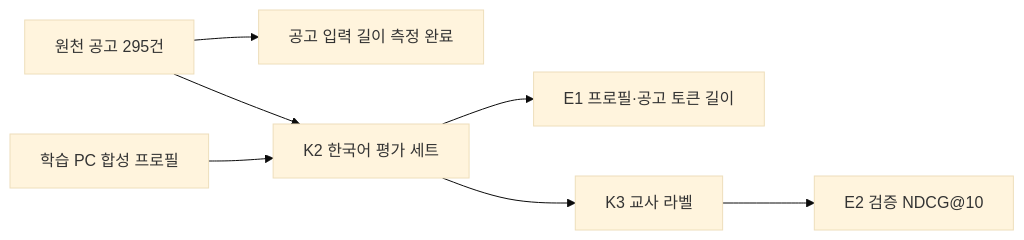
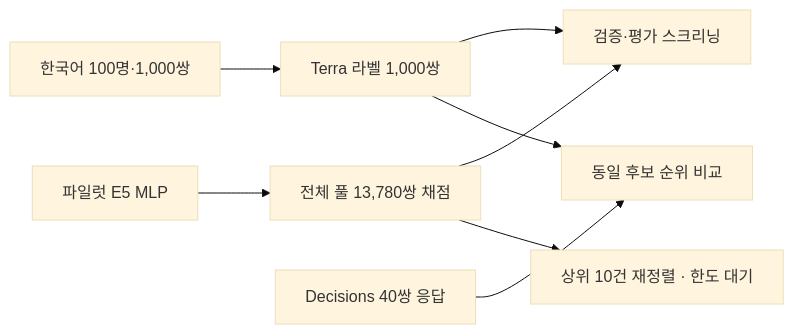
Before and after one commit to Expresso-Organization/expresso: the diagram in .sitrep/sessions/20261119-1752-match-eval/arch.mmd, drawn with Mermaid (base theme). The commit also changed 11 other files, not shown here.

Commit message:
feat: Terra 한국어 적합도 라벨 및 파일럿 MLP·Decisions 순위 평가

```diff
--- a/.sitrep/sessions/20261119-1752-match-eval/arch.mmd
+++ b/.sitrep/sessions/20261119-1752-match-eval/arch.mmd
@@ -1,7 +1,8 @@
 flowchart LR
-  source["원천 공고 295건"] --> lengths["공고 입력 길이 측정 완료"]
-  source --> dataset["K2 한국어 평가 세트"]
-  profiles["학습 PC 합성 프로필"] --> dataset
-  dataset --> stats["E1 프로필·공고 토큰 길이"]
-  dataset --> labels["K3 교사 라벨"]
-  labels --> rank["E2 검증 NDCG@10"]
+  data["한국어 100명·1,000쌍"] --> terra["Terra 라벨 1,000쌍"]
+  pilot["파일럿 E5 MLP"] --> pool["전체 풀 13,780쌍 채점"]
+  pool --> recall["검증·평가 스크리닝"]
+  terra --> recall
+  terra --> pair["동일 후보 순위 비교"]
+  api["Decisions 40쌍 응답"] --> pair
+  pool --> short["상위 10건 재정렬 · 한도 대기"]
```
